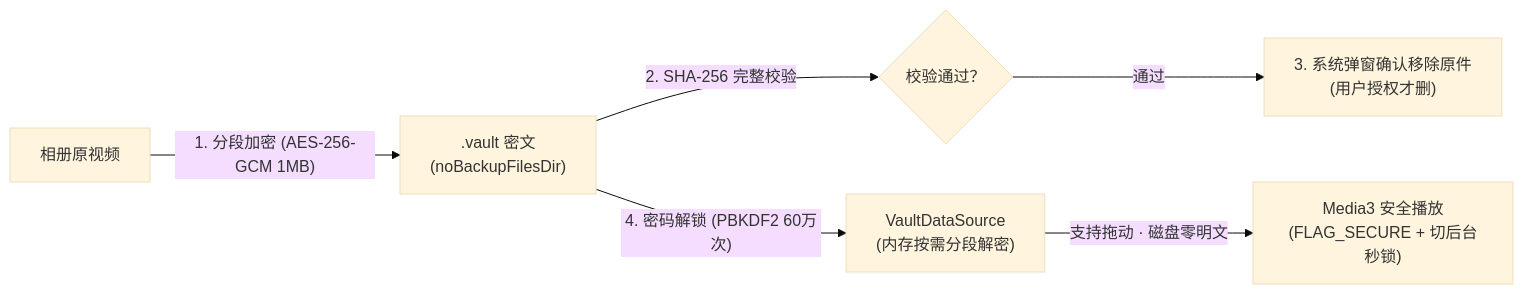
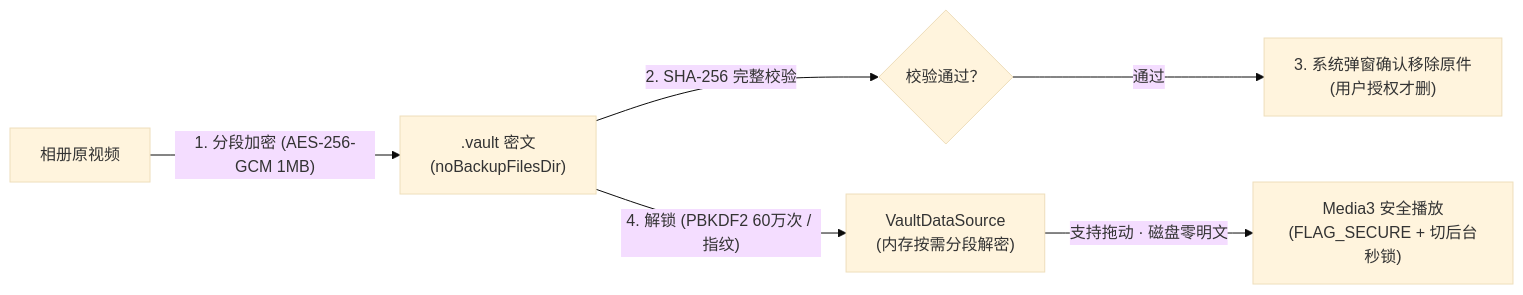
Before and after one commit to QAQ-cmyk/yingxia-player: the diagram in README.zh-CN.md, drawn with Mermaid (base theme). The commit also changed other lines of this file and 20 other files, not shown here.

````diff
--- a/README.zh-CN.md
+++ b/README.zh-CN.md
@@ -35,8 +47,8 @@
 ```mermaid
 flowchart LR
     A["相册原视频"] -->|"1. 分段加密 (AES-256-GCM 1MB)"| B[".vault 密文<br/>(noBackupFilesDir)"]
     B -->|"2. SHA-256 完整校验"| C{"校验通过？"}
     C -->|"通过"| D["3. 系统弹窗确认移除原件<br/>(用户授权才删)"]
-    B -->|"4. 密码解锁 (PBKDF2 60万次)"| E["VaultDataSource<br/>(内存按需分段解密)"]
+    B -->|"4. 解锁 (PBKDF2 60万次 / 指纹)"| E["VaultDataSource<br/>(内存按需分段解密)"]
     E -->|"支持拖动 · 磁盘零明文"| F["Media3 安全播放<br/>(FLAG_SECURE + 切后台秒锁)"]
 ```
````
